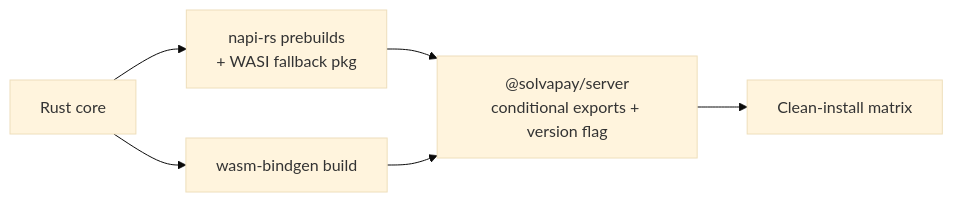
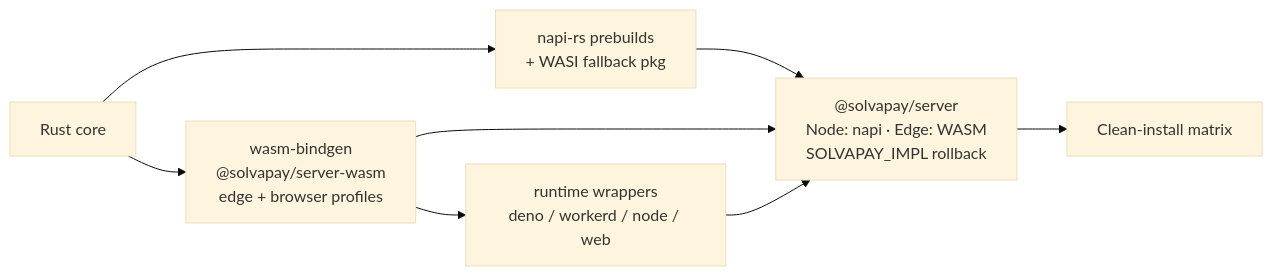
Before and after one commit to solvapay/solvapay-sdk: the tenth of 18 diagrams in docs/contributing/rust-core-sdk-redesign-v2.md, drawn with Mermaid (base theme). The commit also changed other lines of this file and 60 other files, not shown here.

First line of the commit message:
feat(rust): cut over Node/edge webhooks and add clean-install gate (steps 37–39)

````diff
--- a/docs/contributing/rust-core-sdk-redesign-v2.md
+++ b/docs/contributing/rust-core-sdk-redesign-v2.md
@@ -1090,8 +1103,10 @@
 ```mermaid
 flowchart LR
   CORE6["Rust core"] --> NAPI6["napi-rs prebuilds<br/>+ WASI fallback pkg"]
-  CORE6 --> WASM6["wasm-bindgen build"]
-  NAPI6 --> EXP["@solvapay/server<br/>conditional exports + version flag"]
+  CORE6 --> WASM6["wasm-bindgen<br/>@solvapay/server-wasm<br/>edge + browser profiles"]
+  NAPI6 --> EXP["@solvapay/server<br/>Node: napi · Edge: WASM<br/>SOLVAPAY_IMPL rollback"]
   WASM6 --> EXP
+  WASM6 --> WRAP["runtime wrappers<br/>deno / workerd / node / web"]
+  WRAP --> EXP
   EXP --> SMOKE["Clean-install matrix"]
 ```
````
